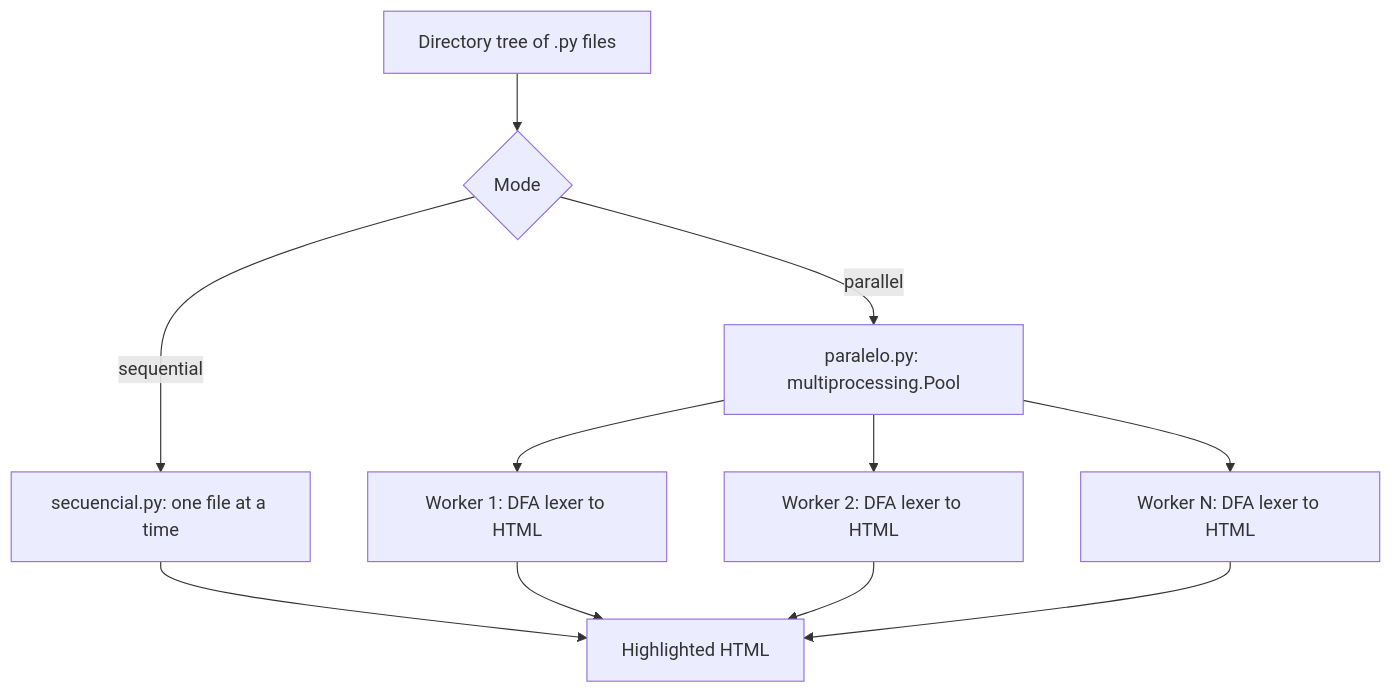
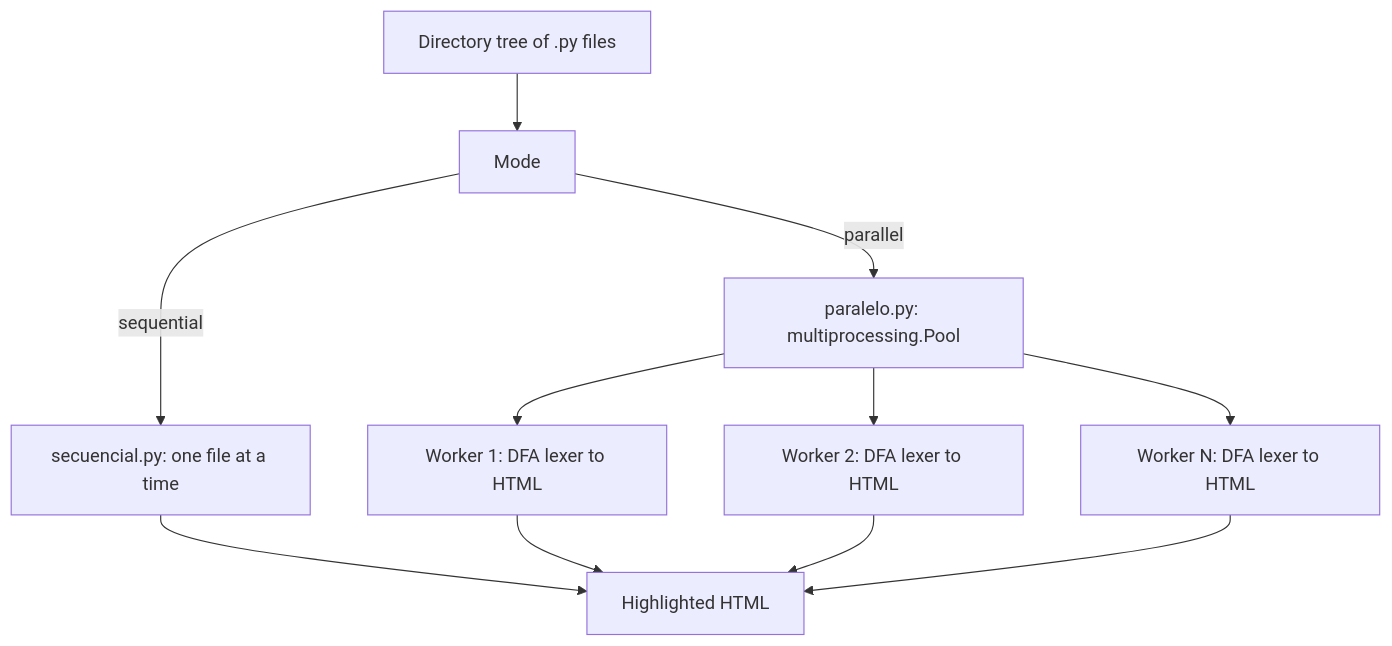
Before and after one commit to sant-mell/parallel-syntax-highlighter: the first of 2 diagrams in README.md, drawn with Mermaid.

Commit message:
Harden parallel-pipeline Mermaid: drop decision rhombus that crashed GitHub render

````diff
--- a/README.md
+++ b/README.md
@@ -22,13 +22,13 @@
 ```mermaid
 flowchart TD
-    A["Directory tree of .py files"] --> B{"Mode"}
+    A["Directory tree of .py files"] --> B["Mode"]
     B -->|sequential| C["secuencial.py: one file at a time"]
     B -->|parallel| D["paralelo.py: multiprocessing.Pool"]
     D --> W1["Worker 1: DFA lexer to HTML"]
     D --> W2["Worker 2: DFA lexer to HTML"]
     D --> W3["Worker N: DFA lexer to HTML"]
     C --> H["Highlighted HTML"]
     W1 --> H
     W2 --> H
     W3 --> H
 ```
````
